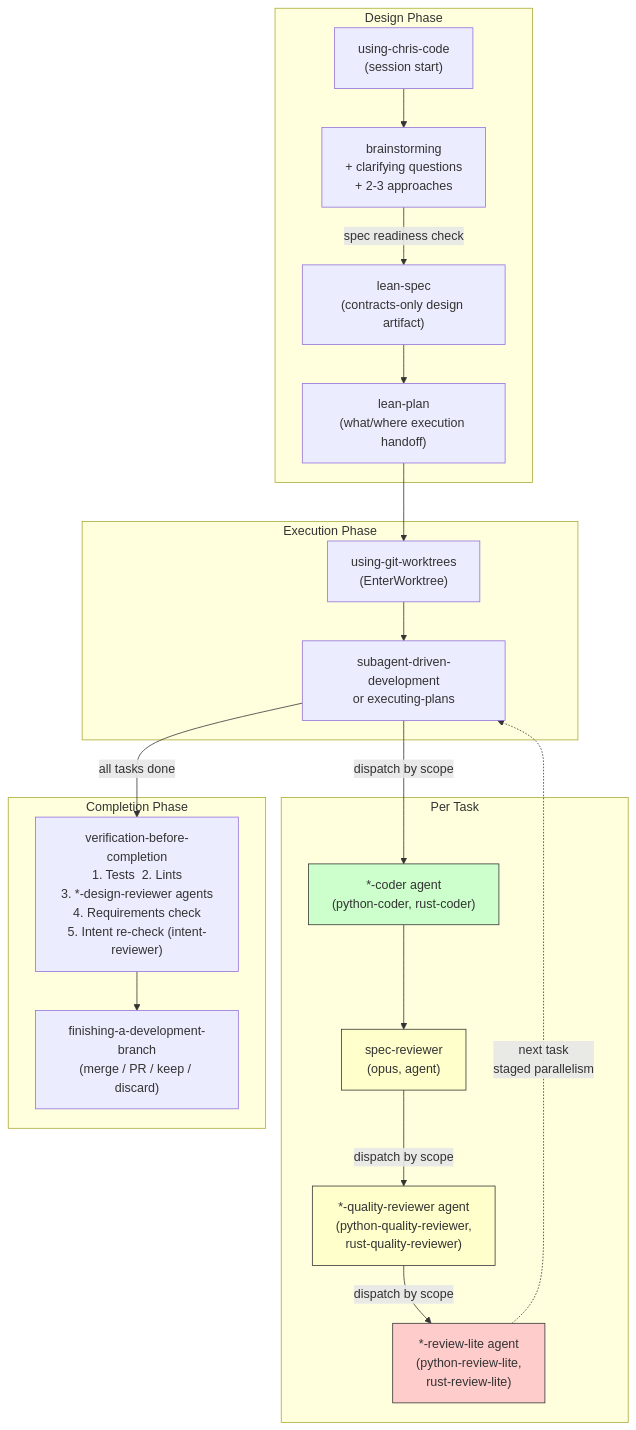
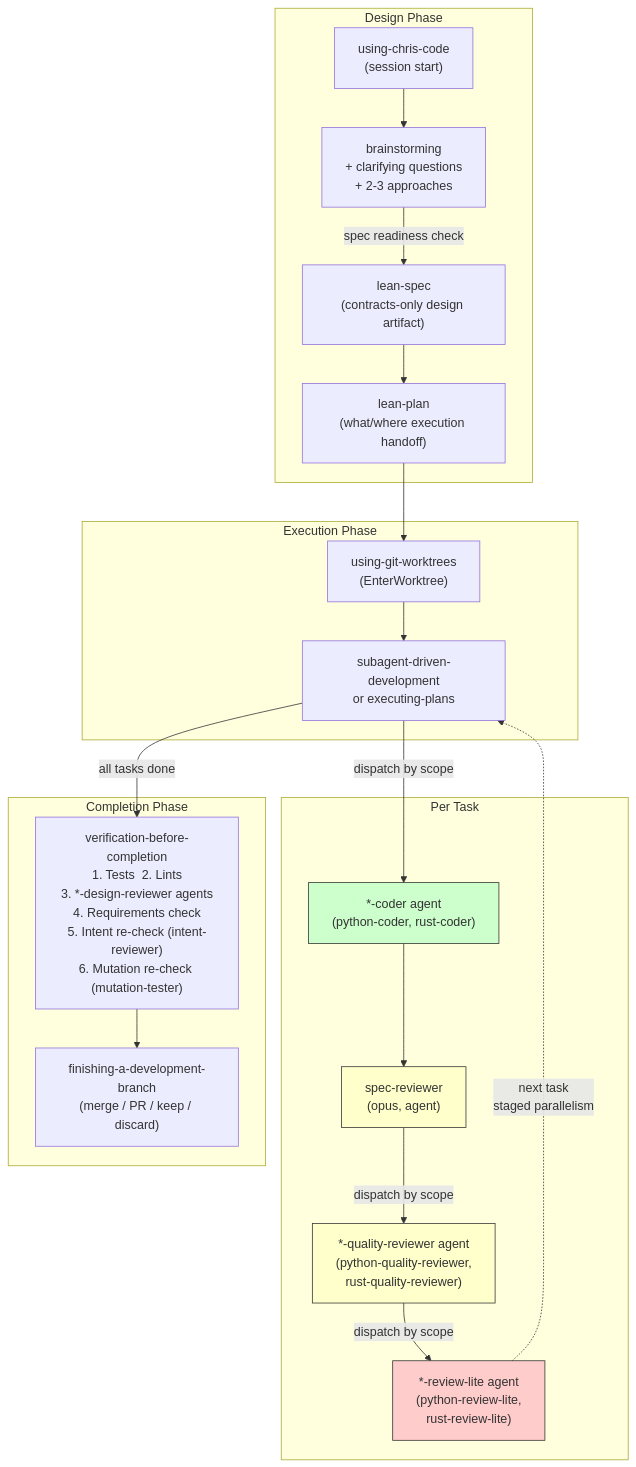
One commit to chris-santiago/claude-plugins changed the first of 2 diagrams in chris-code/README.md. Above: the diagram before and after it, drawn with Mermaid. The commit also changed other lines of this file and 31 other files, not shown here.

First line of the commit message:
Add mutation-tester agent as verification Step 6

````diff
--- a/chris-code/README.md
+++ b/chris-code/README.md
@@ -150,43 +151,43 @@
 ```mermaid
 flowchart TB
     subgraph Design Phase
         using["using-chris-code<br/>(session start)"]
         brainstorm["brainstorming<br/>+ clarifying questions<br/>+ 2-3 approaches"]
         spec["lean-spec<br/>(contracts-only design artifact)"]
         plan["lean-plan<br/>(what/where execution handoff)"]
     end
 
     subgraph Execution Phase
         worktree["using-git-worktrees<br/>(EnterWorktree)"]
         execute["subagent-driven-development<br/>or executing-plans"]
     end
 
     subgraph Per Task
         coder["*-coder agent<br/>(python-coder, rust-coder)"]:::agent
         spec_review["spec-reviewer<br/>(opus, agent)"]:::reviewer
         quality["*-quality-reviewer agent<br/>(python-quality-reviewer,<br/>rust-quality-reviewer)"]:::reviewer
         commit_gate["*-review-lite agent<br/>(python-review-lite,<br/>rust-review-lite)"]:::gate
     end
 
     subgraph Completion Phase
-        verify["verification-before-completion<br/>1. Tests  2. Lints<br/>3. *-design-reviewer agents<br/>4. Requirements check<br/>5. Intent re-check (intent-reviewer)"]
+        verify["verification-before-completion<br/>1. Tests  2. Lints<br/>3. *-design-reviewer agents<br/>4. Requirements check<br/>5. Intent re-check (intent-reviewer)<br/>6. Mutation re-check (mutation-tester)"]
         finish["finishing-a-development-branch<br/>(merge / PR / keep / discard)"]
     end
 
     using --> brainstorm
     brainstorm -->|spec readiness check| spec
     spec --> plan
     plan --> worktree
     worktree --> execute
     execute -->|dispatch by scope| coder
     coder --> spec_review
     spec_review -->|dispatch by scope| quality
     quality -->|dispatch by scope| commit_gate
     commit_gate -.->|next task<br/>staged parallelism| execute
     execute -->|all tasks done| verify
     verify --> finish
 
     classDef agent fill:#ccffcc,stroke:#333
     classDef reviewer fill:#ffffcc,stroke:#333
     classDef gate fill:#ffcccc,stroke:#333
 ```
````
